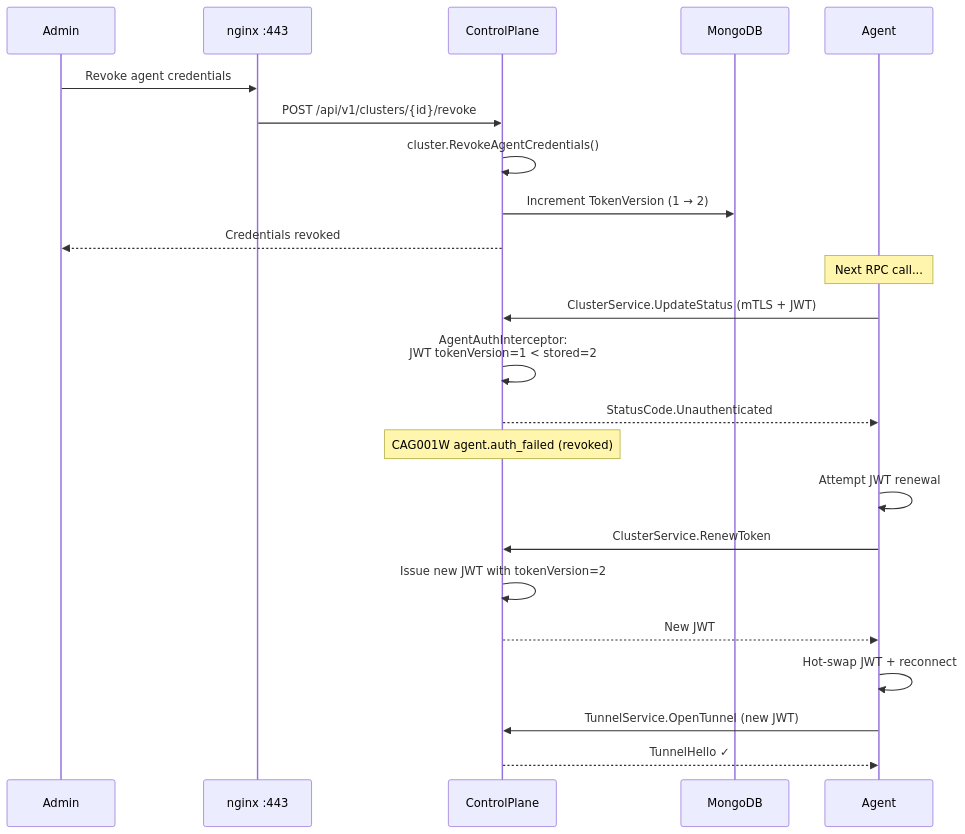
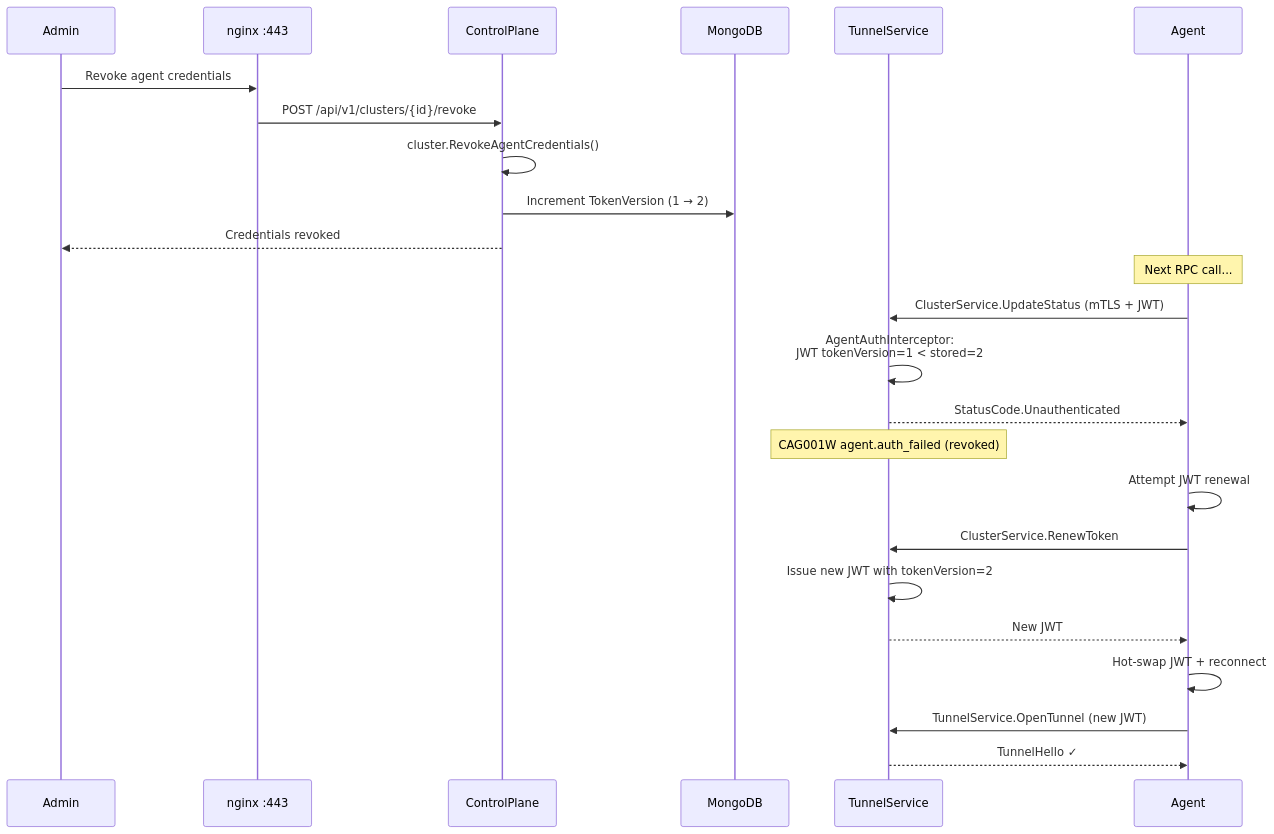
Diagram 11 of 19 in README.md (Clustral/clustral), drawn with Mermaid before and after one commit. The commit also changed other lines of this file and 10 other files, not shown here.

First line of the commit message:
docs: update all diagrams + docs for TunnelService split (#4)

````diff
--- a/README.md
+++ b/README.md
@@ -500,27 +528,28 @@
 ```mermaid
 sequenceDiagram
     participant Admin
     participant NGX as nginx :443
     participant CP as ControlPlane
     participant DB as MongoDB
+    participant TS as TunnelService
     participant Agent
 
     Admin->>NGX: Revoke agent credentials
     NGX->>CP: POST /api/v1/clusters/{id}/revoke
     CP->>CP: cluster.RevokeAgentCredentials()
     CP->>DB: Increment TokenVersion (1 → 2)
     CP-->>Admin: Credentials revoked
 
     Note over Agent: Next RPC call...
-    Agent->>CP: ClusterService.UpdateStatus (mTLS + JWT)
-    CP->>CP: AgentAuthInterceptor:<br/>JWT tokenVersion=1 < stored=2
-    CP-->>Agent: StatusCode.Unauthenticated
-    Note over CP: CAG001W agent.auth_failed (revoked)
+    Agent->>TS: ClusterService.UpdateStatus (mTLS + JWT)
+    TS->>TS: AgentAuthInterceptor:<br/>JWT tokenVersion=1 < stored=2
+    TS-->>Agent: StatusCode.Unauthenticated
+    Note over TS: CAG001W agent.auth_failed (revoked)
     Agent->>Agent: Attempt JWT renewal
-    Agent->>CP: ClusterService.RenewToken
-    CP->>CP: Issue new JWT with tokenVersion=2
-    CP-->>Agent: New JWT
+    Agent->>TS: ClusterService.RenewToken
+    TS->>TS: Issue new JWT with tokenVersion=2
+    TS-->>Agent: New JWT
     Agent->>Agent: Hot-swap JWT + reconnect
-    Agent->>CP: TunnelService.OpenTunnel (new JWT)
-    CP-->>Agent: TunnelHello ✓
+    Agent->>TS: TunnelService.OpenTunnel (new JWT)
+    TS-->>Agent: TunnelHello ✓
 ```
````
